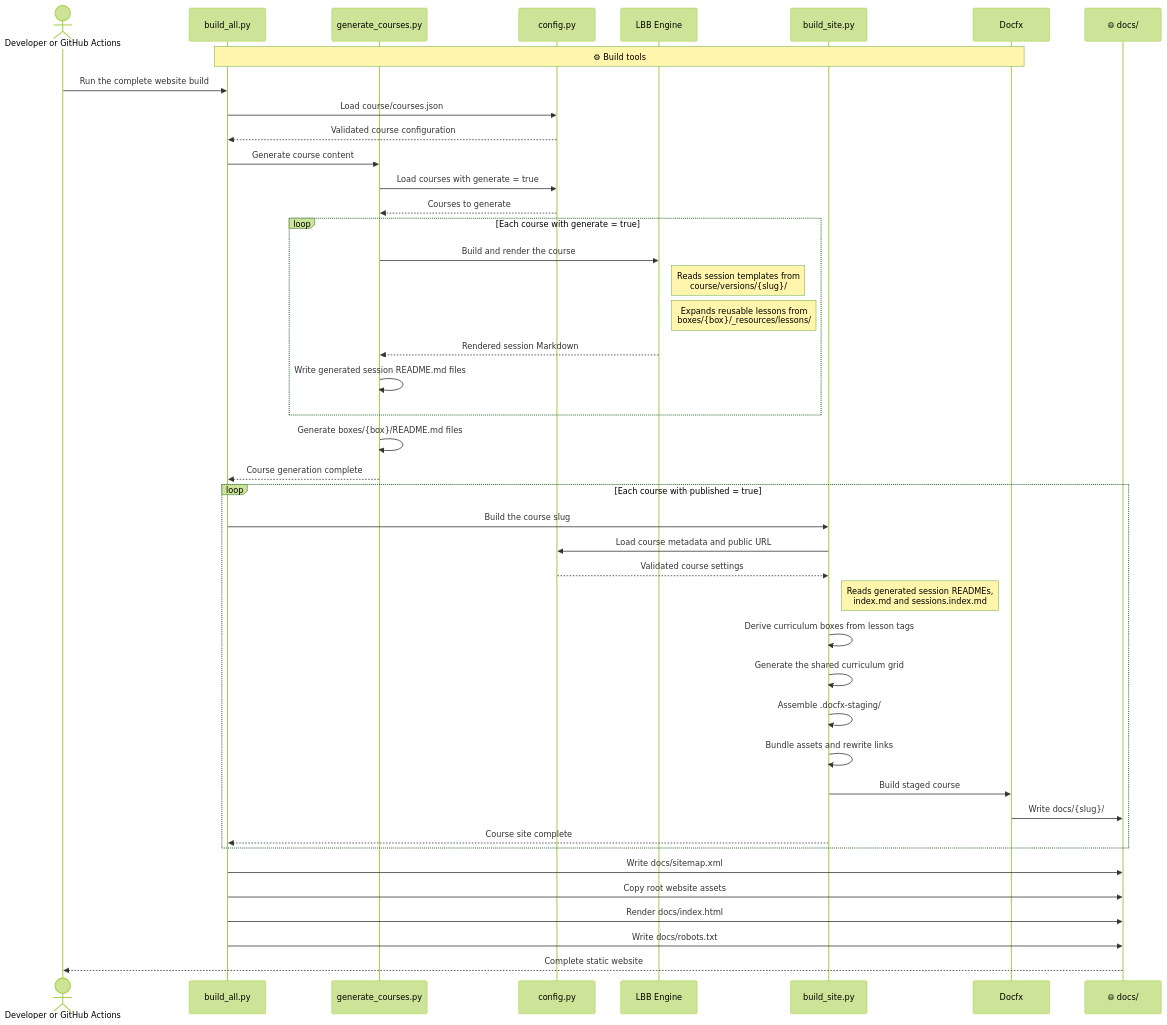
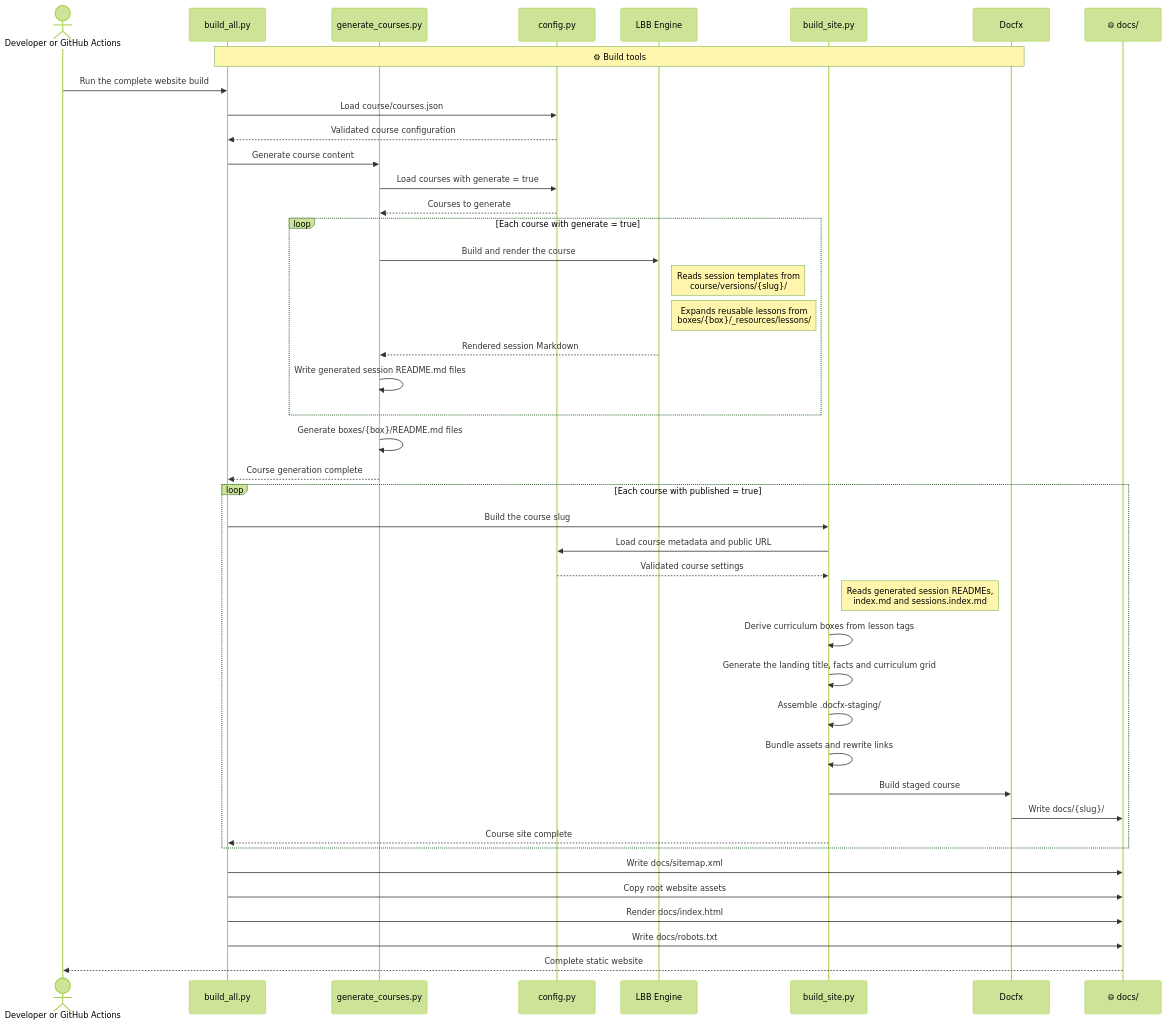
One commit to NoBlackBoxes/LastBlackBox changed the second of 2 diagrams in course/tools/docfx/README.md. Above: the diagram before and after it, drawn with Mermaid (forest theme). The commit also changed other lines of this file and 3 other files, not shown here.

Commit message:
refactor(docs): clean up shared site template

````diff
--- a/course/tools/docfx/README.md
+++ b/course/tools/docfx/README.md
@@ -98,54 +98,54 @@
 ```mermaid
 sequenceDiagram
     actor Runner as Developer or GitHub Actions
     participant Build as build_all.py
     participant Courses as generate_courses.py
     participant Config as config.py
     participant Engine as LBB Engine
     participant Site as build_site.py
     participant Docfx
     participant Output as 🌐︎ docs/
 
     Note over Build,Docfx: ⚙︎ Build tools
 
     Runner->>Build: Run the complete website build
 
     Build->>Config: Load course/courses.json
     Config-->>Build: Validated course configuration
 
     Build->>Courses: Generate course content
     Courses->>Config: Load courses with generate = true
     Config-->>Courses: Courses to generate
 
     loop Each course with generate = true
         Courses->>Engine: Build and render the course
         Note right of Engine: Reads session templates from<br/>course/versions/{slug}/
         Note right of Engine: Expands reusable lessons from<br/>boxes/{box}/_resources/lessons/
         Engine-->>Courses: Rendered session Markdown
         Courses->>Courses: Write generated session README.md files
     end
 
     Courses->>Courses: Generate boxes/{box}/README.md files
     Courses-->>Build: Course generation complete
 
     loop Each course with published = true
         Build->>Site: Build the course slug
         Site->>Config: Load course metadata and public URL
         Config-->>Site: Validated course settings
         Note right of Site: Reads generated session READMEs,<br/>index.md and sessions.index.md
         Site->>Site: Derive curriculum boxes from lesson tags
-        Site->>Site: Generate the shared curriculum grid
+        Site->>Site: Generate the landing title, facts and curriculum grid
         Site->>Site: Assemble .docfx-staging/
         Site->>Site: Bundle assets and rewrite links
         Site->>Docfx: Build staged course
         Docfx->>Output: Write docs/{slug}/
         Site-->>Build: Course site complete
     end
 
     Build->>Output: Write docs/sitemap.xml
     Build->>Output: Copy root website assets
     Build->>Output: Render docs/index.html
     Build->>Output: Write docs/robots.txt
 
     Output-->>Runner: Complete static website
 ```
````
